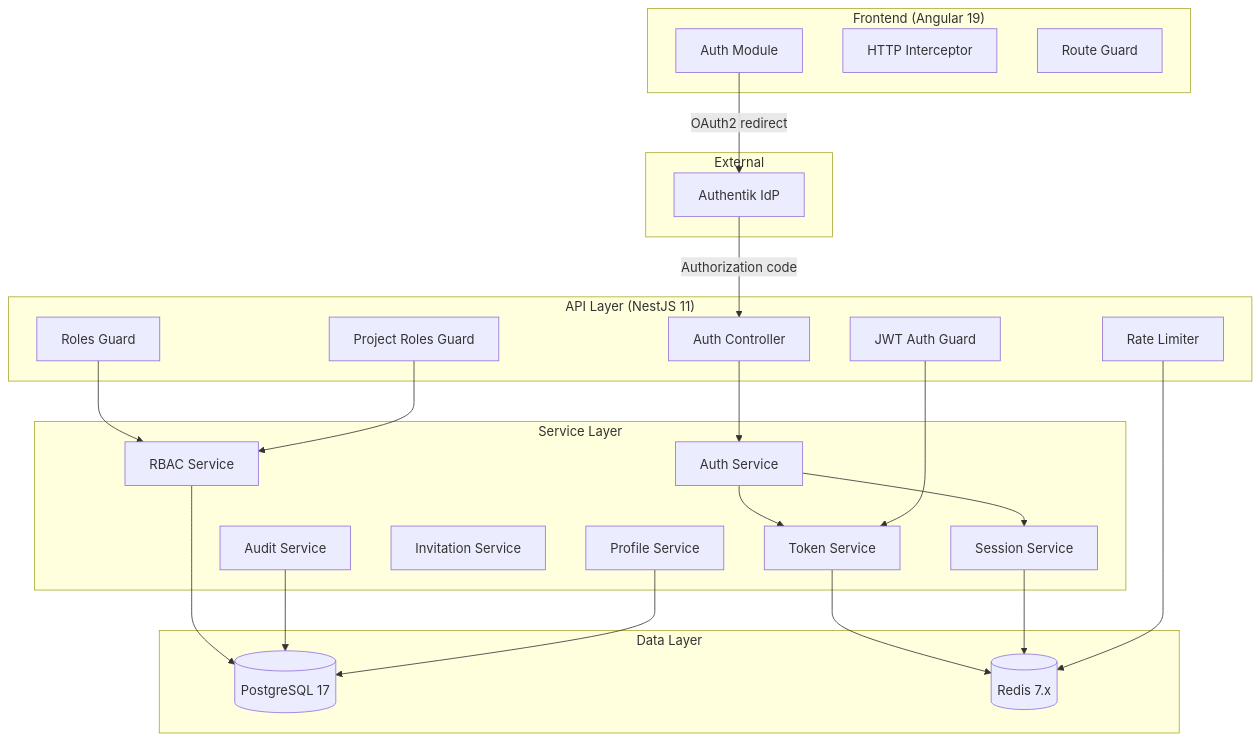
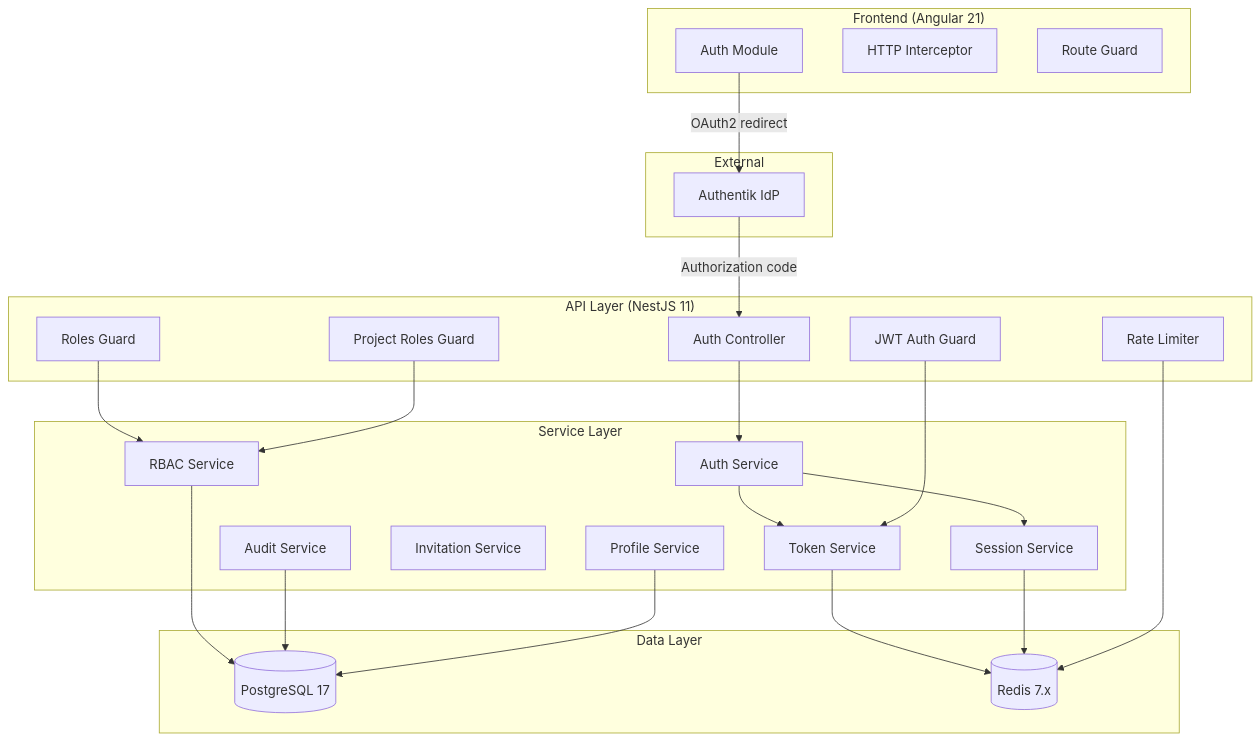
One commit to phan-tuan-thanh/mpm changed the first of 5 diagrams in .kiro/specs/user-authentication/design.md. Above: the diagram before and after it, drawn with Mermaid. The commit also changed 5 other files, not shown here.

````diff
--- a/.kiro/specs/user-authentication/design.md
+++ b/.kiro/specs/user-authentication/design.md
@@ -30,50 +30,50 @@
 ```mermaid
 graph TB
-    subgraph Client["Frontend (Angular 19)"]
+    subgraph Client["Frontend (Angular 21)"]
         AuthClient[Auth Module]
         TokenInterceptor[HTTP Interceptor]
         AuthGuard_FE[Route Guard]
     end
 
     subgraph Gateway["API Layer (NestJS 11)"]
         AuthController[Auth Controller]
         JwtGuard[JWT Auth Guard]
         RolesGuard[Roles Guard]
         ProjectRolesGuard[Project Roles Guard]
         RateLimiter[Rate Limiter]
     end
 
     subgraph Services["Service Layer"]
         AuthService[Auth Service]
         TokenService[Token Service]
         SessionService[Session Service]
         RbacService[RBAC Service]
         InvitationService[Invitation Service]
         AuditService[Audit Service]
         ProfileService[Profile Service]
     end
 
     subgraph Data["Data Layer"]
         PostgreSQL[(PostgreSQL 17)]
         Redis[(Redis 7.x)]
     end
 
     subgraph External["External"]
         Authentik[Authentik IdP]
     end
 
     AuthClient -->|OAuth2 redirect| Authentik
     Authentik -->|Authorization code| AuthController
     AuthController --> AuthService
     AuthService --> TokenService
     AuthService --> SessionService
     TokenService --> Redis
     SessionService --> Redis
     RbacService --> PostgreSQL
     AuditService --> PostgreSQL
     ProfileService --> PostgreSQL
     JwtGuard --> TokenService
     RolesGuard --> RbacService
     ProjectRolesGuard --> RbacService
     RateLimiter --> Redis
 ```
````
